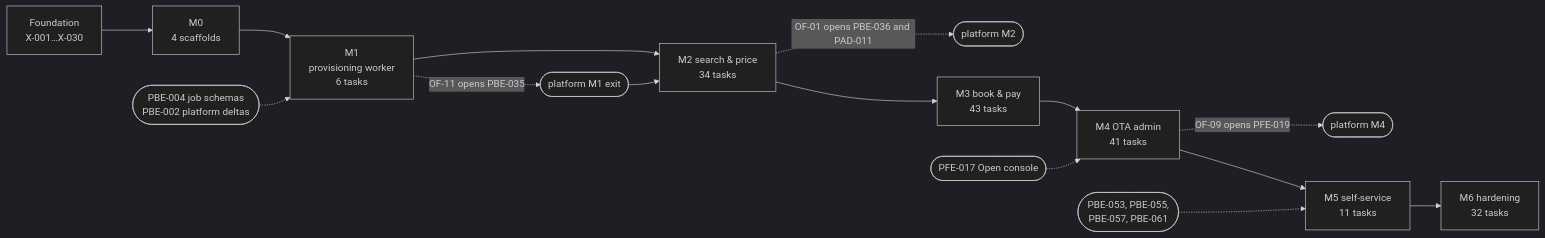
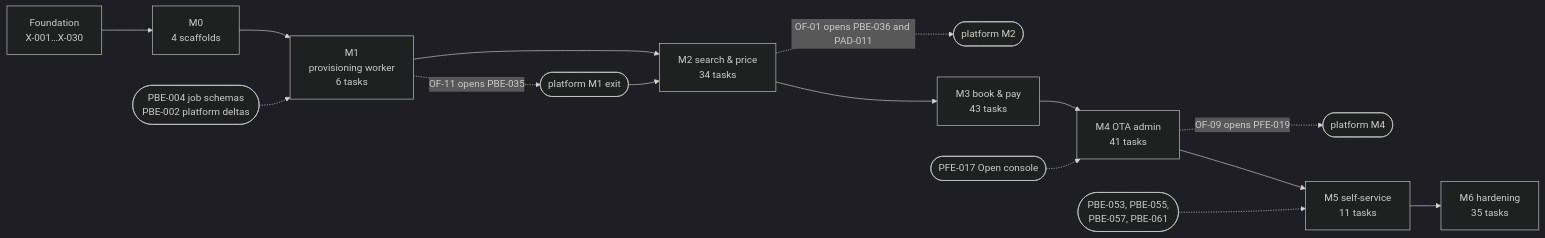
Before and after one commit to bhagwati-prasad/velexis-ota: the diagram in ota/docs/plans/implementation-plan.md, drawn with Mermaid (dark theme). The commit also changed other lines of this file and 30 other files, not shown here.

````diff
--- a/ota/docs/plans/implementation-plan.md
+++ b/ota/docs/plans/implementation-plan.md
@@ -62,17 +62,17 @@
 ```mermaid
 flowchart LR
   F["Foundation<br/>X-001…X-030"] --> M0["M0<br/>4 scaffolds"]
   M0 --> M1["M1<br/>provisioning worker<br/>6 tasks"]
   P4(["PBE-004 job schemas<br/>PBE-002 platform deltas"]) -.-> M1
   M1 -. OF-11 opens PBE-035 .-> PM1(["platform M1 exit"])
   M1 --> M2["M2 search & price<br/>34 tasks"]
   PM1 --> M2
   M2 -. OF-01 opens PBE-036 and PAD-011 .-> PM2(["platform M2"])
   M2 --> M3["M3 book & pay<br/>43 tasks"]
   M3 --> M4["M4 OTA admin<br/>41 tasks"]
   PF17(["PFE-017 Open console"]) -.-> M4
   M4 -. OF-09 opens PFE-019 .-> PM4(["platform M4"])
   M4 --> M5["M5 self-service<br/>11 tasks"]
   PM5(["PBE-053, PBE-055,<br/>PBE-057, PBE-061"]) -.-> M5
-  M5 --> M6["M6 hardening<br/>32 tasks"]
+  M5 --> M6["M6 hardening<br/>35 tasks"]
 ```
````
